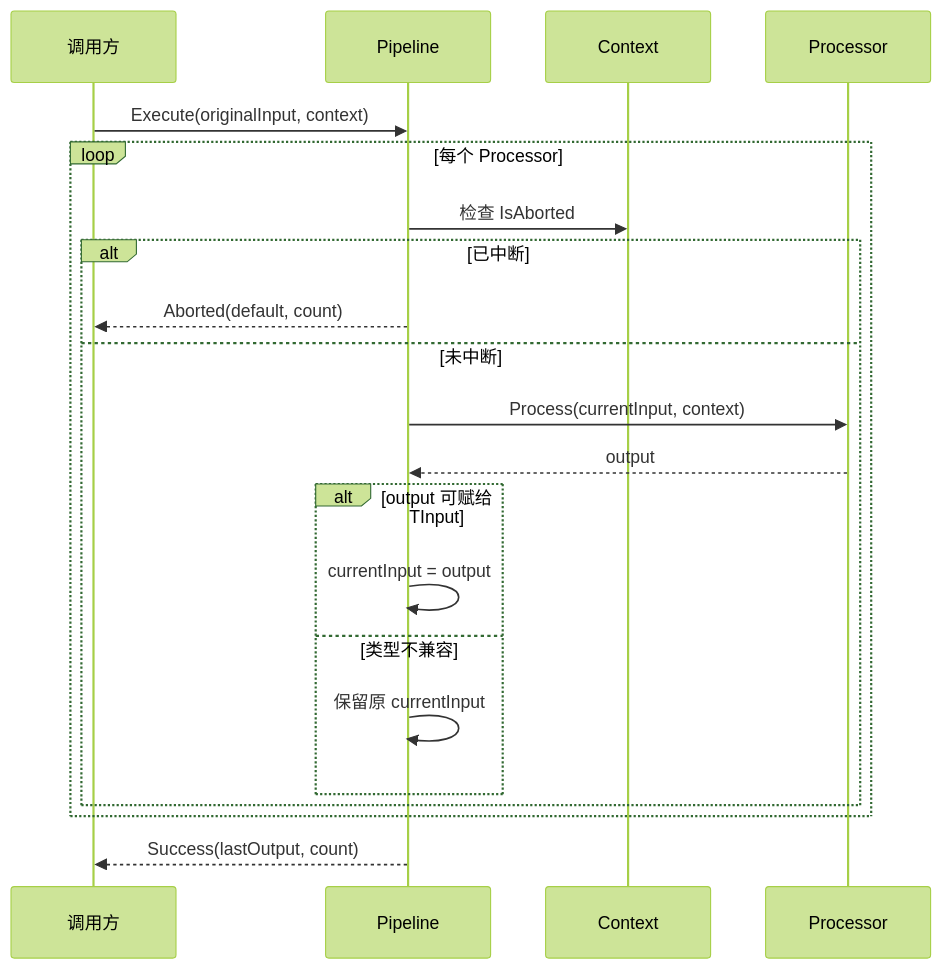
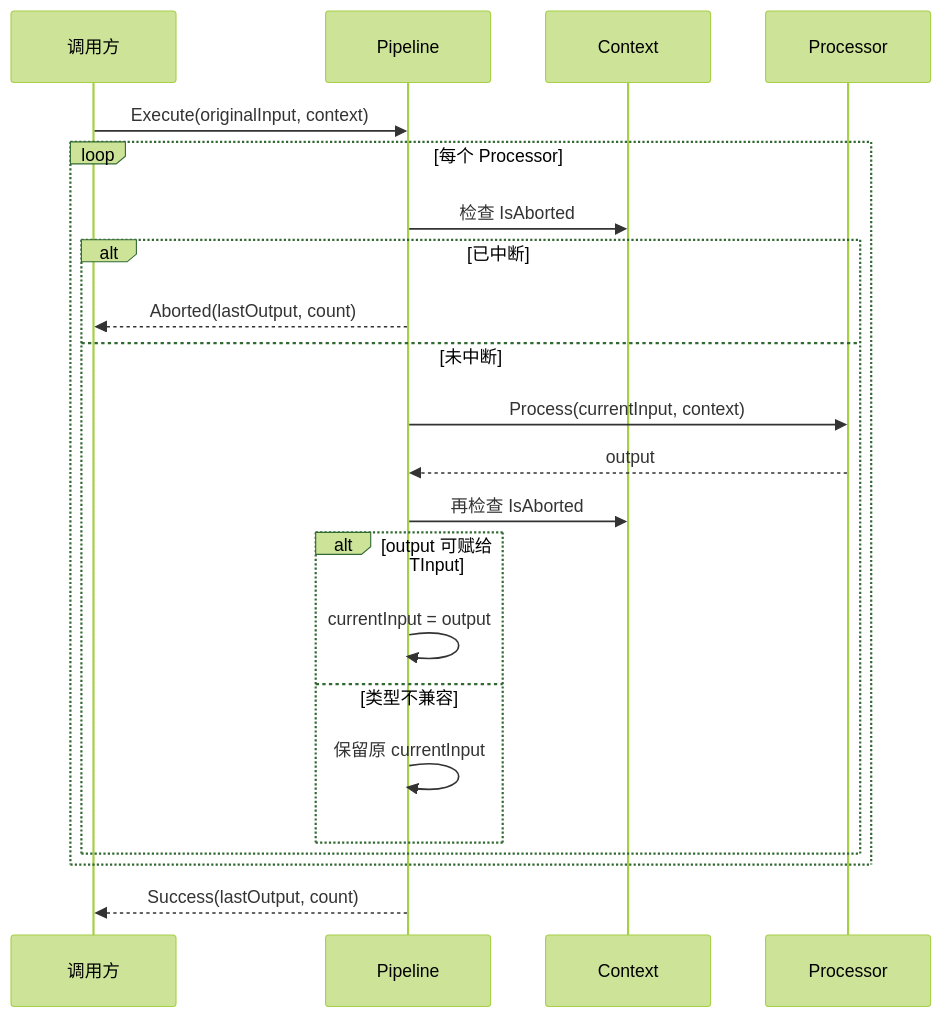
The first of 2 diagrams in Unity/Packages/com.abilitykit.dataflow/Document/Dataflow数据流处理模块开发设计文档.md (HOBOBO/AbilityKit), drawn with Mermaid (forest theme) before and after one commit. The commit also changed other lines of this file and 525 other files, not shown here.

````diff
--- a/Unity/Packages/com.abilitykit.dataflow/Document/Dataflow数据流处理模块开发设计文档.md
+++ b/Unity/Packages/com.abilitykit.dataflow/Document/Dataflow数据流处理模块开发设计文档.md
@@ -131,24 +135,25 @@
 ```mermaid
 sequenceDiagram
     participant Caller as 调用方
     participant Pipeline as Pipeline
     participant Context as Context
     participant Processor as Processor
 
     Caller->>Pipeline: Execute(originalInput, context)
     loop 每个 Processor
         Pipeline->>Context: 检查 IsAborted
         alt 已中断
-            Pipeline-->>Caller: Aborted(default, count)
+            Pipeline-->>Caller: Aborted(lastOutput, count)
         else 未中断
-            Pipeline->>Processor: Process(currentInput, context)
-            Processor-->>Pipeline: output
+        Pipeline->>Processor: Process(currentInput, context)
+        Processor-->>Pipeline: output
+        Pipeline->>Context: 再检查 IsAborted
             alt output 可赋给 TInput
                 Pipeline->>Pipeline: currentInput = output
             else 类型不兼容
                 Pipeline->>Pipeline: 保留原 currentInput
             end
         end
     end
     Pipeline-->>Caller: Success(lastOutput, count)
 ```
````
